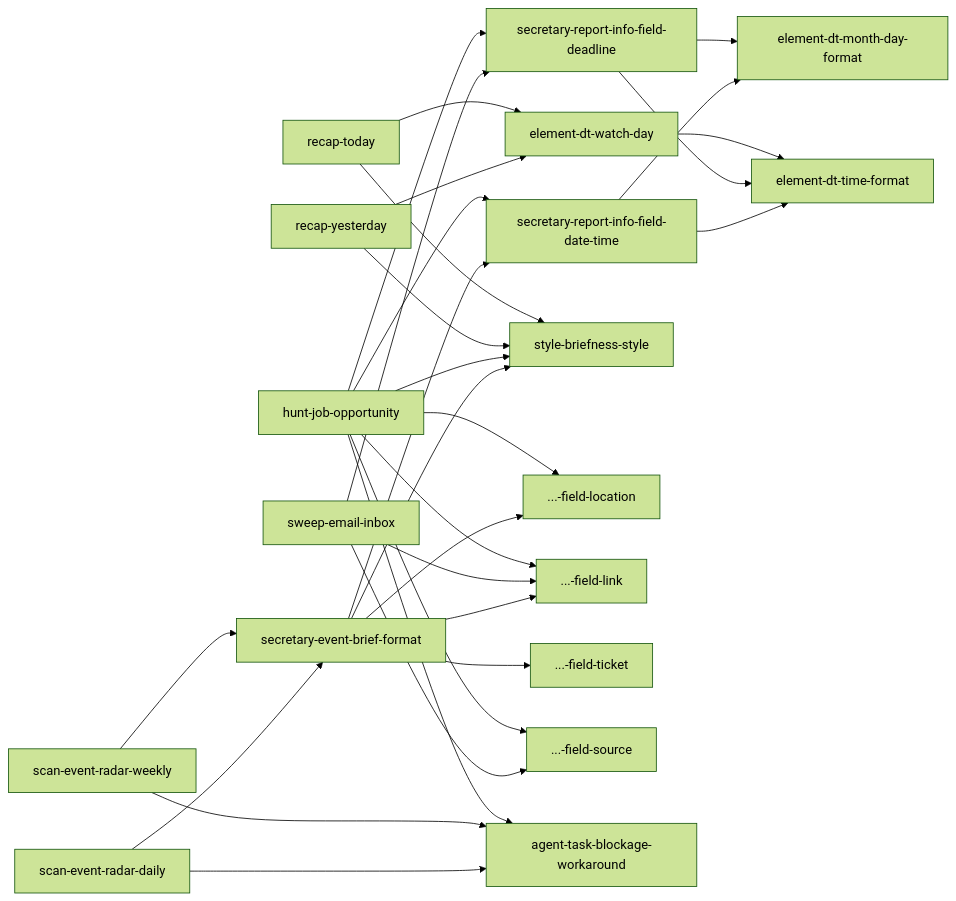
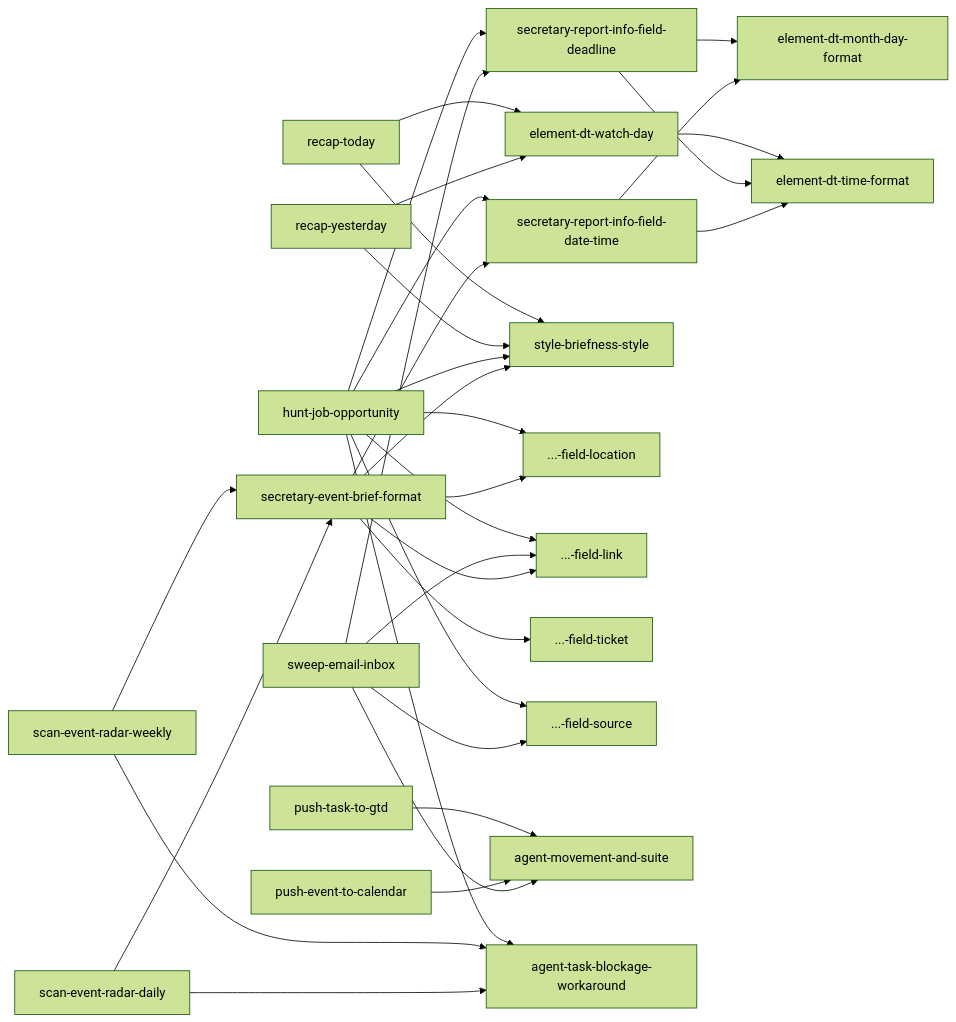
The fifth of 10 diagrams in docs/blueprint-doc.md (kami-lel/kaye-library), drawn with Mermaid (forest theme) before and after one commit. The commit also changed other lines of this file and 12 other files, not shown here.

````diff
--- a/docs/blueprint-doc.md
+++ b/docs/blueprint-doc.md
@@ -152,31 +165,34 @@
 ```mermaid
 flowchart LR
     field_date_time["secretary-report-info-field-date-time"] --> element_dt_month_day_format["element-dt-month-day-format"]
     field_date_time --> element_dt_time_format["element-dt-time-format"]
     field_deadline["secretary-report-info-field-deadline"] --> element_dt_month_day_format
     field_deadline --> element_dt_time_format
     element_dt_watch_day["element-dt-watch-day"] --> element_dt_time_format
     secretary_event_brief_format["secretary-event-brief-format"] --> style_briefness_style["style-briefness-style"]
     secretary_event_brief_format --> field_date_time
     secretary_event_brief_format --> field_location["...-field-location"]
     secretary_event_brief_format --> field_link["...-field-link"]
     secretary_event_brief_format --> field_ticket["...-field-ticket"]
     sweep_email_inbox["sweep-email-inbox"] --> field_deadline
     sweep_email_inbox --> field_link
     sweep_email_inbox --> field_source["...-field-source"]
+    sweep_email_inbox --> agent_movement_and_suite["agent-movement-and-suite"]
+    push_event_to_calendar["push-event-to-calendar"] --> agent_movement_and_suite
+    push_task_to_gtd["push-task-to-gtd"] --> agent_movement_and_suite
     scan_event_radar_daily["scan-event-radar-daily"] --> secretary_event_brief_format
     scan_event_radar_weekly["scan-event-radar-weekly"] --> secretary_event_brief_format
     scan_event_radar_daily --> agent_task_blockage_workaround["agent-task-blockage-workaround"]
     scan_event_radar_weekly --> agent_task_blockage_workaround
     hunt_job_opportunity["hunt-job-opportunity"] --> agent_task_blockage_workaround
     hunt_job_opportunity --> style_briefness_style
     hunt_job_opportunity --> field_date_time
     hunt_job_opportunity --> field_deadline
     hunt_job_opportunity --> field_location
     hunt_job_opportunity --> field_link
     hunt_job_opportunity --> field_source
     recap_yesterday["recap-yesterday"] --> element_dt_watch_day
     recap_today["recap-today"] --> element_dt_watch_day
     recap_yesterday --> style_briefness_style
     recap_today --> style_briefness_style
 ```
````
